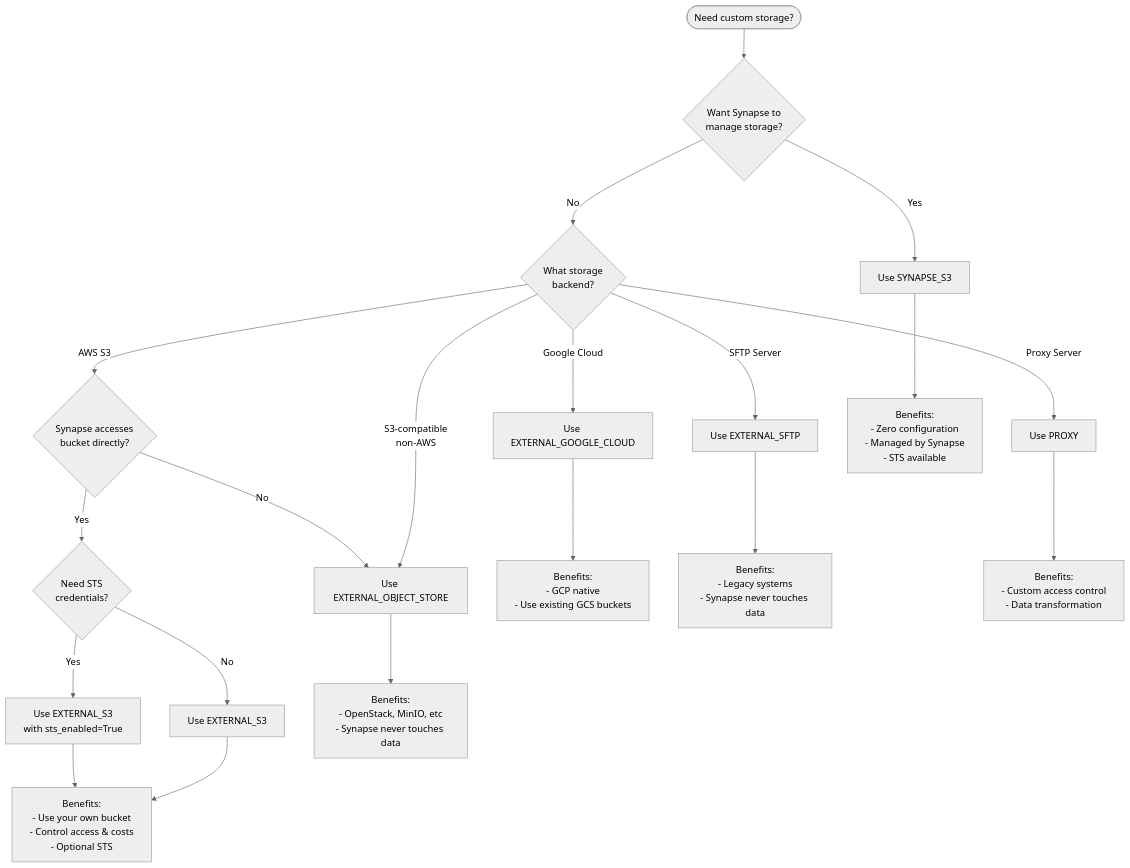
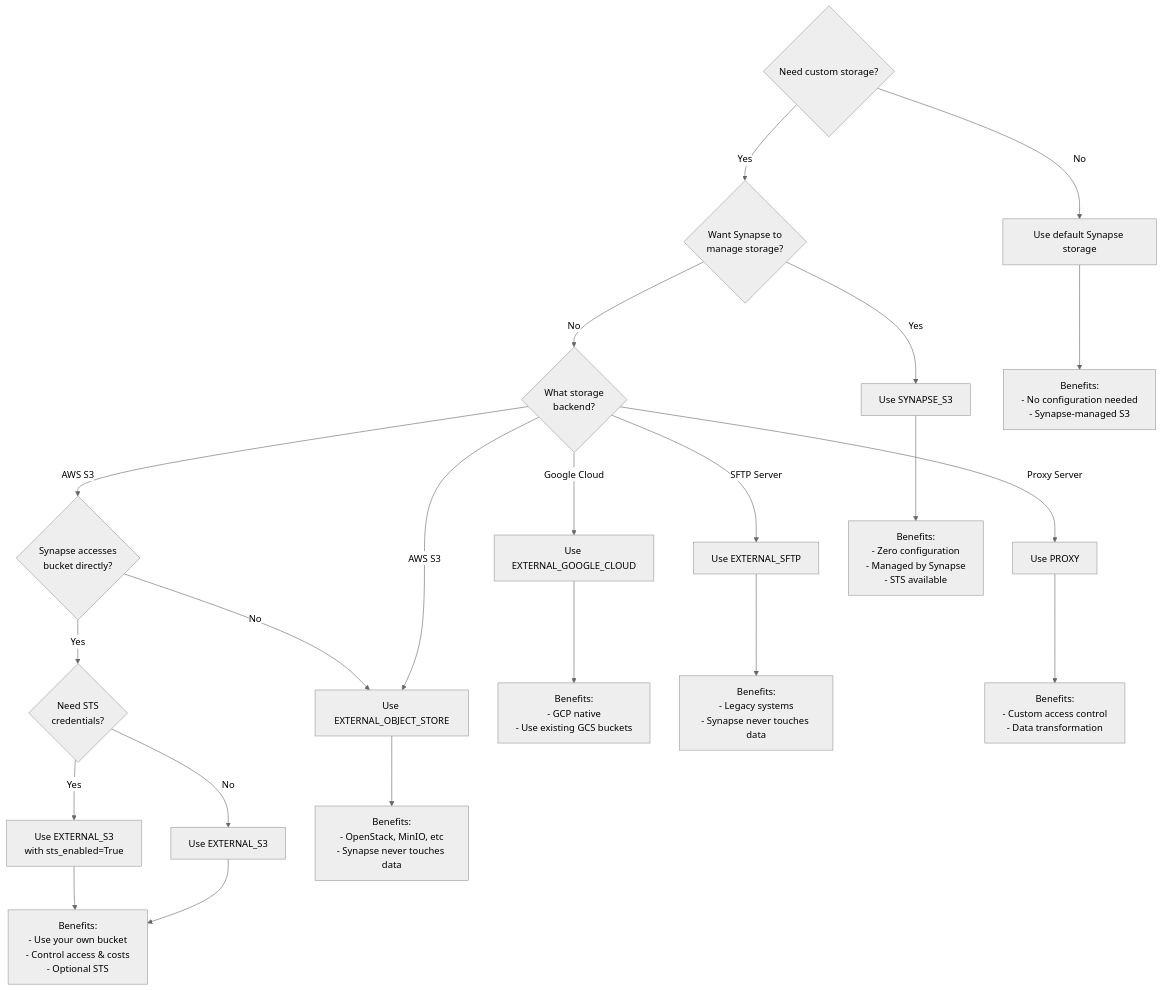
Before and after one commit to Sage-Bionetworks/synapsePythonClient: the third of 11 diagrams in docs/explanations/storage_location_architecture.md, drawn with Mermaid (neutral theme). The commit also changed other lines of this file, not shown here.

````diff
--- a/docs/explanations/storage_location_architecture.md
+++ b/docs/explanations/storage_location_architecture.md
@@ -226,27 +244,30 @@
 ```mermaid
 flowchart TB
-    Start([Need custom storage?]) --> Q1{Want Synapse to<br/>manage storage?}
+    Start{Need custom storage?}
+    Start -->|No| DEFAULT[Use default Synapse storage]
+    Start -->|Yes| Q1{Want Synapse to<br/>manage storage?}
 
     Q1 -->|Yes| SYNAPSE_S3[Use SYNAPSE_S3]
     Q1 -->|No| Q2{What storage<br/>backend?}
 
     Q2 -->|AWS S3| Q3{Synapse accesses<br/>bucket directly?}
     Q2 -->|Google Cloud| EXTERNAL_GOOGLE_CLOUD[Use EXTERNAL_GOOGLE_CLOUD]
     Q2 -->|SFTP Server| EXTERNAL_SFTP[Use EXTERNAL_SFTP]
     Q2 -->|Proxy Server| PROXY[Use PROXY]
-    Q2 -->|S3-compatible<br/>non-AWS| EXTERNAL_OBJECT_STORE[Use EXTERNAL_OBJECT_STORE]
+    Q2 -->|AWS S3 | EXTERNAL_OBJECT_STORE[Use EXTERNAL_OBJECT_STORE]
 
     Q3 -->|Yes| Q4{Need STS<br/>credentials?}
     Q3 -->|No| EXTERNAL_OBJECT_STORE
 
     Q4 -->|Yes| EXTERNAL_S3_STS[Use EXTERNAL_S3<br/>with sts_enabled=True]
     Q4 -->|No| EXTERNAL_S3[Use EXTERNAL_S3]
 
     SYNAPSE_S3 --> Benefits1[Benefits:<br/>- Zero configuration<br/>- Managed by Synapse<br/>- STS available]
     EXTERNAL_S3 --> Benefits2[Benefits:<br/>- Use your own bucket<br/>- Control access & costs<br/>- Optional STS]
     EXTERNAL_S3_STS --> Benefits2
     EXTERNAL_GOOGLE_CLOUD --> Benefits3[Benefits:<br/>- GCP native<br/>- Use existing GCS buckets]
     EXTERNAL_SFTP --> Benefits4[Benefits:<br/>- Legacy systems<br/>- Synapse never touches data]
     EXTERNAL_OBJECT_STORE --> Benefits5[Benefits:<br/>- OpenStack, MinIO, etc<br/>- Synapse never touches data]
     PROXY --> Benefits6[Benefits:<br/>- Custom access control<br/>- Data transformation]
+    DEFAULT --> Benefits0[Benefits:<br/>- No configuration needed<br/>- Synapse-managed S3]
 ```
````
